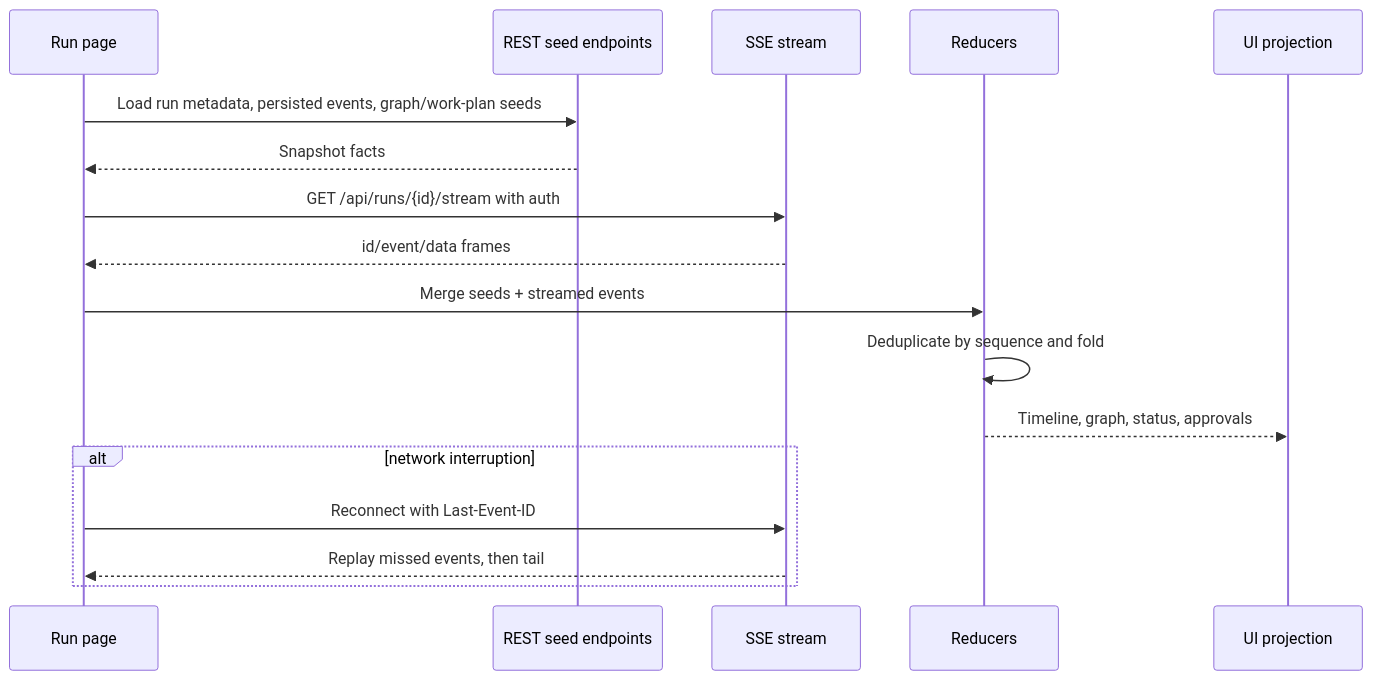
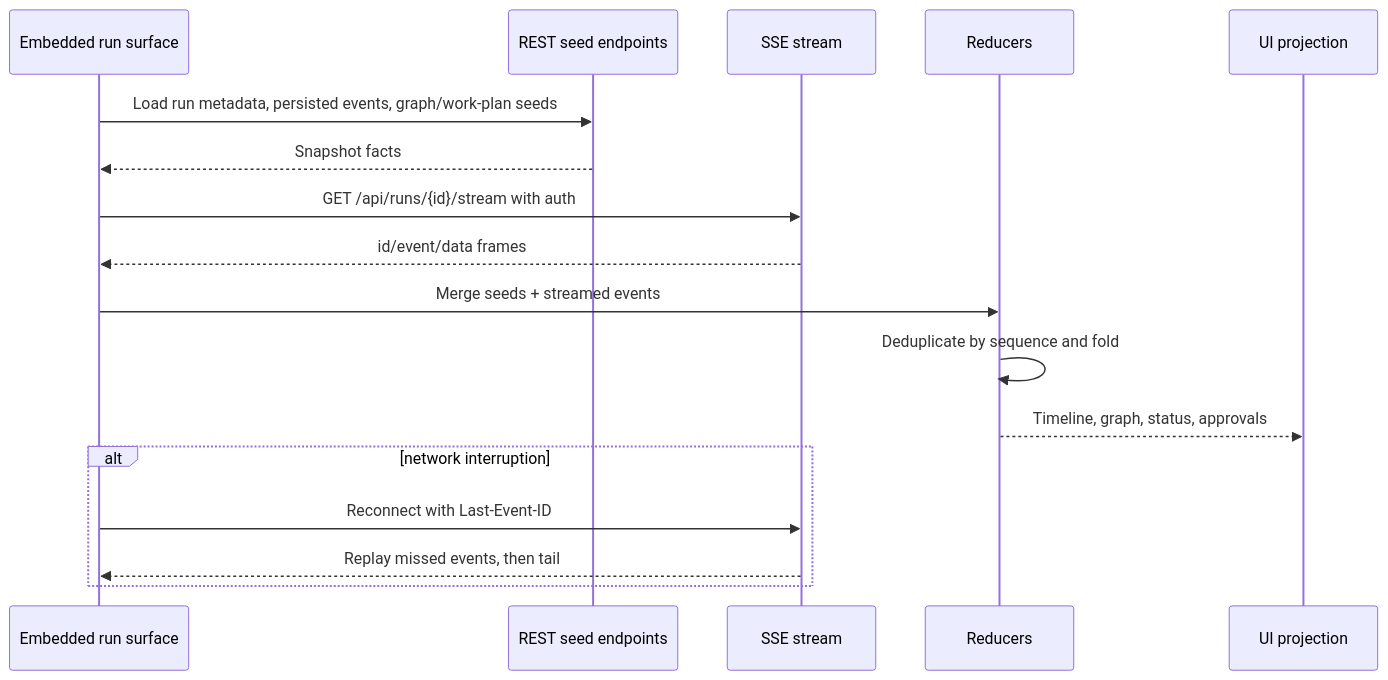
The fourth of 5 diagrams in docs/deep-dive/events-observability.md (sabbour/agentweaver), drawn with Mermaid before and after one commit. The commit also changed 177 other files, not shown here.

````diff
--- a/docs/deep-dive/events-observability.md
+++ b/docs/deep-dive/events-observability.md
@@ -240,21 +240,21 @@
 ```mermaid
 sequenceDiagram
-    participant Page as Run page
+    participant Page as Embedded run surface
     participant REST as REST seed endpoints
     participant SSE as SSE stream
     participant Reducer as Reducers
     participant UI as UI projection
 
     Page->>REST: Load run metadata, persisted events, graph/work-plan seeds
     REST-->>Page: Snapshot facts
     Page->>SSE: GET /api/runs/{id}/stream with auth
     SSE-->>Page: id/event/data frames
     Page->>Reducer: Merge seeds + streamed events
     Reducer->>Reducer: Deduplicate by sequence and fold
     Reducer-->>UI: Timeline, graph, status, approvals
 
     alt network interruption
         Page->>SSE: Reconnect with Last-Event-ID
         SSE-->>Page: Replay missed events, then tail
     end
 ```
````
